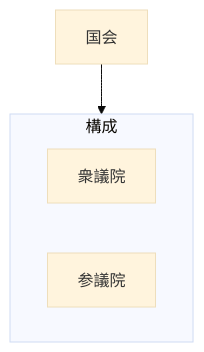
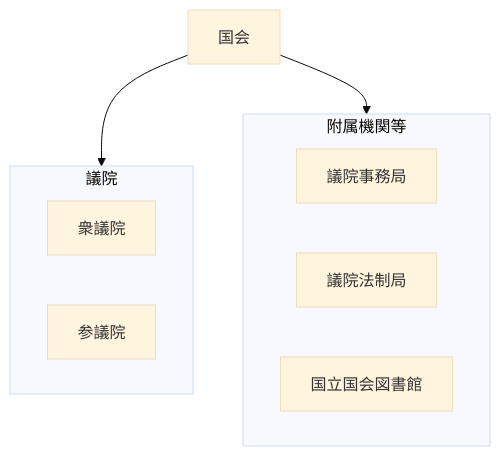
The diagram in 付録/国会/README.md (tatemaru/jp-admin-org-chart), drawn with Mermaid (base theme) before and after one commit. The commit also changed other lines of this file and 18 other files, not shown here.

````diff
--- a/付録/国会/README.md
+++ b/付録/国会/README.md
@@ -5,9 +5,15 @@
 ```mermaid
 flowchart TB
   root["国会"]
-  subgraph g0["構成"]
+  subgraph g0["議院"]
     n0_0["衆議院"]
     n0_1["参議院"]
   end
   root --> g0
+  subgraph g1["附属機関等"]
+    n1_0["議院事務局"]
+    n1_1["議院法制局"]
+    n1_2["国立国会図書館"]
+  end
+  root --> g1
 ```
````
